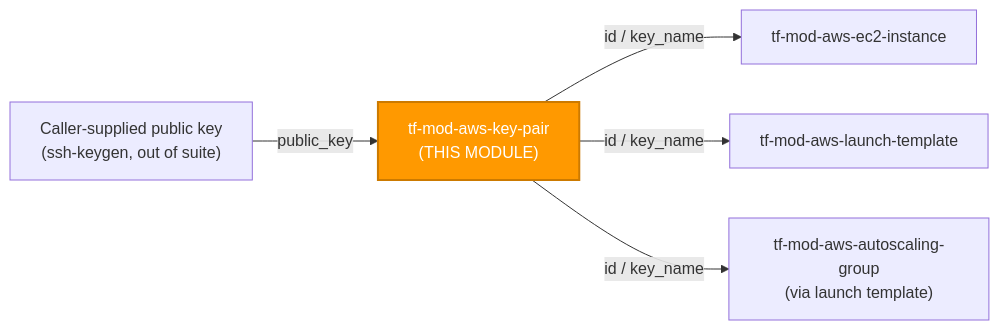
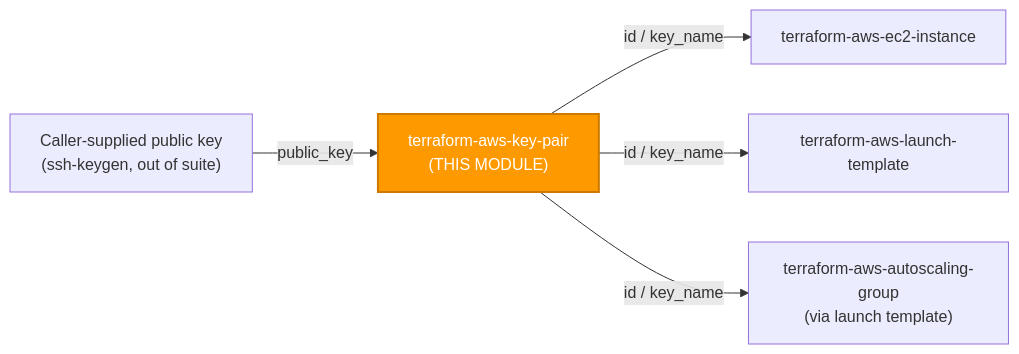
Before and after one commit to microsoftexpert/terraform-aws-key-pair: the first of 2 diagrams in README.md, drawn with Mermaid. The commit also changed other lines of this file and 2 other files, not shown here.

````diff
--- a/README.md
+++ b/README.md
@@ -41,15 +41,15 @@
 ```mermaid
 flowchart LR
  CALLER["Caller-supplied public key<br/>(ssh-keygen, out of suite)"]
- THIS["tf-mod-aws-key-pair<br/>(THIS MODULE)"]
- EC2["tf-mod-aws-ec2-instance"]
- LT["tf-mod-aws-launch-template"]
- ASG["tf-mod-aws-autoscaling-group<br/>(via launch template)"]
+ THIS["terraform-aws-key-pair<br/>(THIS MODULE)"]
+ EC2["terraform-aws-ec2-instance"]
+ LT["terraform-aws-launch-template"]
+ ASG["terraform-aws-autoscaling-group<br/>(via launch template)"]
 
  CALLER -->|"public_key"| THIS
  THIS -->|"id / key_name"| EC2
  THIS -->|"id / key_name"| LT
  THIS -->|"id / key_name"| ASG
 
  style THIS fill:#FF9900,color:#fff,stroke:#cc7a00,stroke-width:2px
 ```
````
